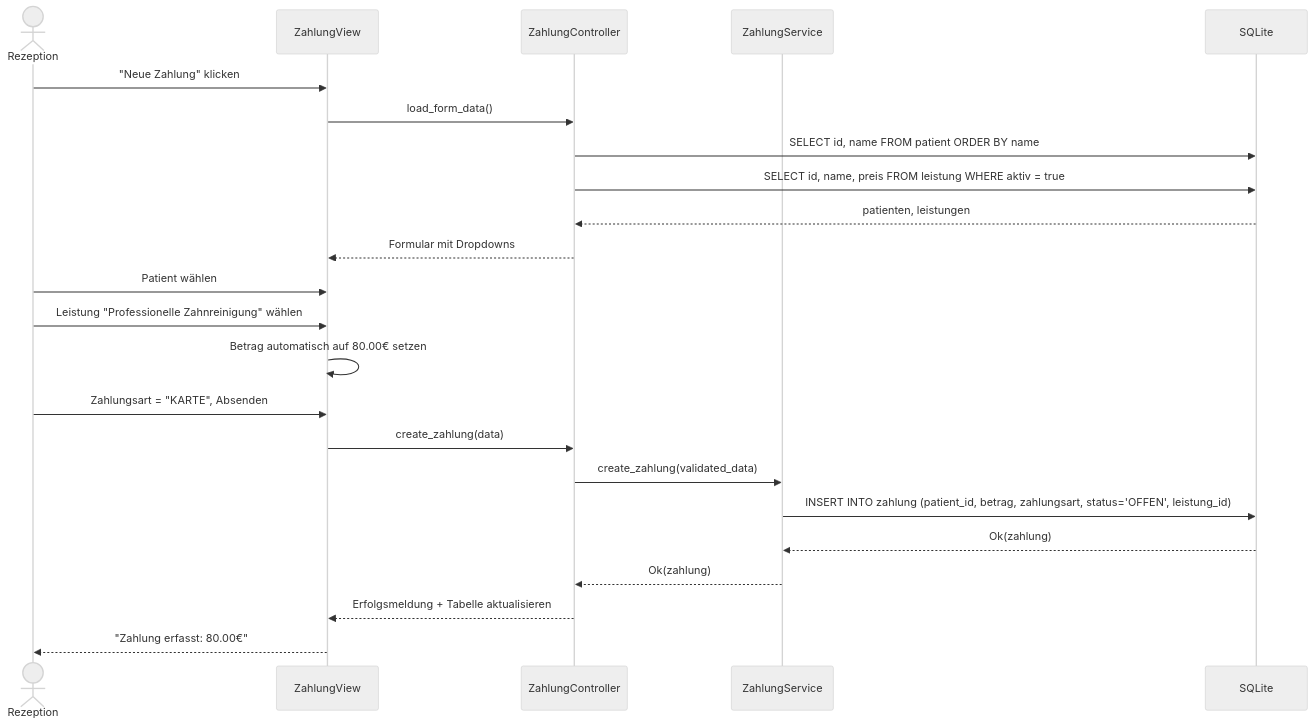
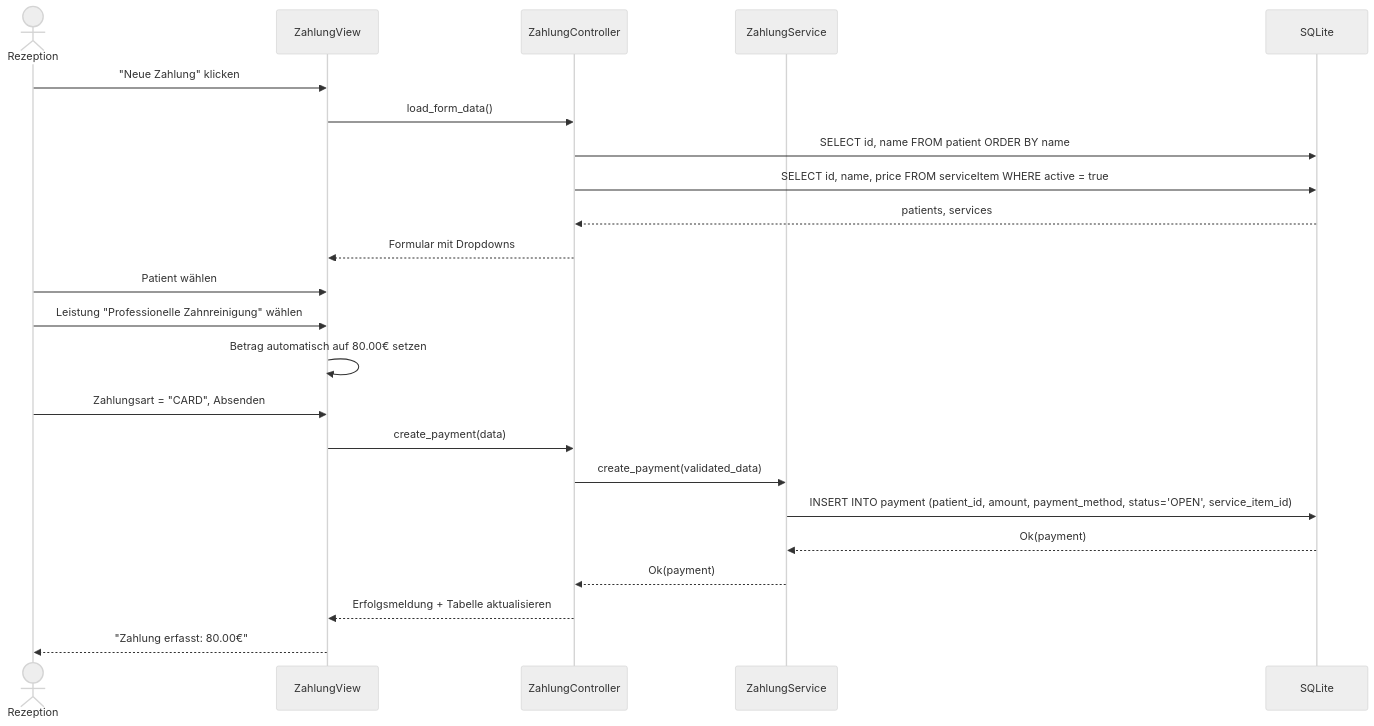
The fourth of 5 diagrams in docs/uml/03-sequence-diagram.md (Achrafbennanizia/Medoc), drawn with Mermaid (neutral theme) before and after one commit. The commit also changed other lines of this file and 1081 other files, not shown here.

````diff
--- a/docs/uml/03-sequence-diagram.md
+++ b/docs/uml/03-sequence-diagram.md
@@ -117,28 +117,28 @@
 ```mermaid
 sequenceDiagram
     actor Rezeption
     participant View as ZahlungView
     participant Controller as ZahlungController
     participant Service as ZahlungService
     participant DB as SQLite
 
     Rezeption->>View: "Neue Zahlung" klicken
     View->>Controller: load_form_data()
     Controller->>DB: SELECT id, name FROM patient ORDER BY name
-    Controller->>DB: SELECT id, name, preis FROM leistung WHERE aktiv = true
-    DB-->>Controller: patienten, leistungen
+    Controller->>DB: SELECT id, name, price FROM serviceItem WHERE active = true
+    DB-->>Controller: patients, services
     Controller-->>View: Formular mit Dropdowns
 
     Rezeption->>View: Patient wählen
     Rezeption->>View: Leistung "Professionelle Zahnreinigung" wählen
     View->>View: Betrag automatisch auf 80.00€ setzen
-    Rezeption->>View: Zahlungsart = "KARTE", Absenden
+    Rezeption->>View: Zahlungsart = "CARD", Absenden
 
-    View->>Controller: create_zahlung(data)
-    Controller->>Service: create_zahlung(validated_data)
-    Service->>DB: INSERT INTO zahlung (patient_id, betrag, zahlungsart, status='OFFEN', leistung_id)
-    DB-->>Service: Ok(zahlung)
-    Service-->>Controller: Ok(zahlung)
+    View->>Controller: create_payment(data)
+    Controller->>Service: create_payment(validated_data)
+    Service->>DB: INSERT INTO payment (patient_id, amount, payment_method, status='OPEN', service_item_id)
+    DB-->>Service: Ok(payment)
+    Service-->>Controller: Ok(payment)
     Controller-->>View: Erfolgsmeldung + Tabelle aktualisieren
     View-->>Rezeption: "Zahlung erfasst: 80.00€"
 ```
````
